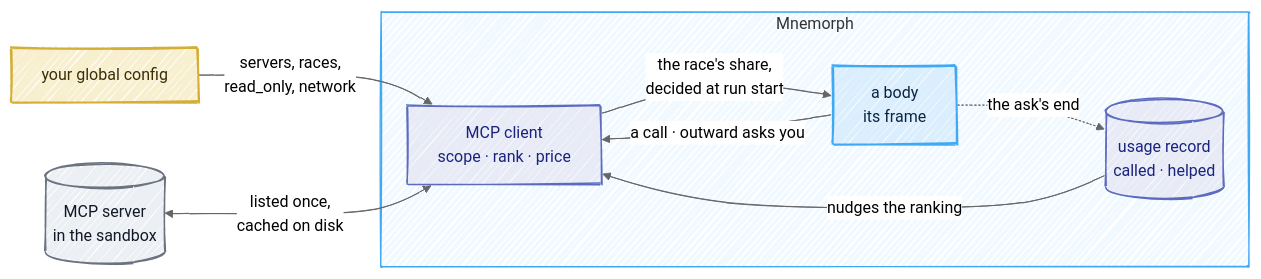
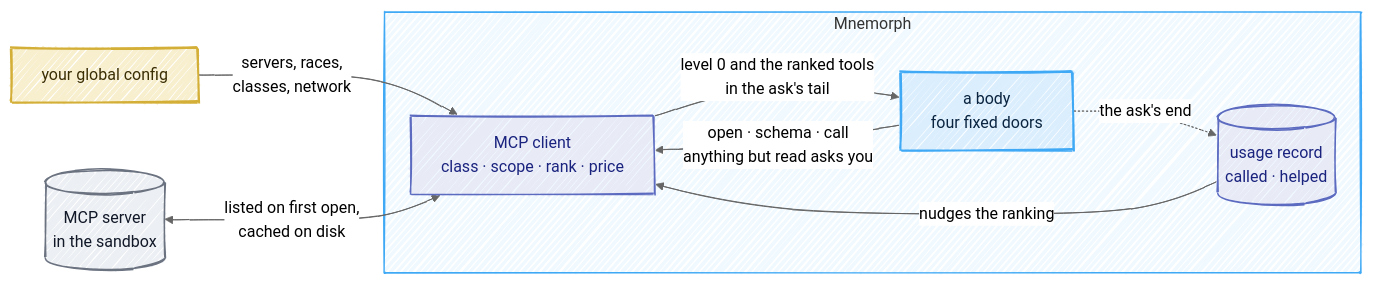
Before and after one commit to Kaginari/mnemorph: the diagram in docs/07-mcp.md, drawn with Mermaid. The commit also changed other lines of this file and 24 other files, not shown here.

Commit message:
mcp: race-scoped tools by class, three priced levels, lazy servers, BM25 ranking by the ask (#48)

````diff
--- a/docs/07-mcp.md
+++ b/docs/07-mcp.md
@@ -5,27 +5,27 @@
 ```mermaid
 ---
 config:
   look: handDrawn
   theme: neutral
   flowchart:
     wrappingWidth: 360
 ---
 flowchart LR
-    H["your global config"] -->|"servers, races,<br/>read_only, network"| C
-    S[("MCP server<br/>in the sandbox")] <-->|"listed once,<br/>cached on disk"| C["MCP client<br/>scope · rank · price"]
+    H["your global config"] -->|"servers, races,<br/>classes, network"| C
+    S[("MCP server<br/>in the sandbox")] <-->|"listed on first open,<br/>cached on disk"| C["MCP client<br/>class · scope · rank · price"]
     subgraph mnemorph["Mnemorph"]
-      C -->|"the race's share,<br/>decided at run start"| A["a body<br/>its frame"]
-      A -->|"a call · outward asks you"| C
+      C -->|"level 0 and the ranked tools<br/>in the ask's tail"| A["a body<br/>four fixed doors"]
+      A -->|"open · schema · call<br/>anything but read asks you"| C
       L[("usage record<br/>called · helped")] -->|"nudges the ranking"| C
       A -. "the ask's end" .-> L
     end
     classDef human fill:#f8efcf,stroke:#D4AF37,stroke-width:2px,color:#3a2e05
     class H human
     classDef outside fill:#eceff3,stroke:#6b7280,stroke-width:1.5px,color:#111827
     class S outside
     classDef store fill:#e8eaf6,stroke:#5c6bc0,stroke-width:1.5px,color:#1a237e
     class C,L store
     classDef throne fill:#dbeefe,stroke:#3FA9F5,stroke-width:2px,color:#0b2540
     class A throne
     style mnemorph fill:#f0f9ff,stroke:#3FA9F5
 ```
````
